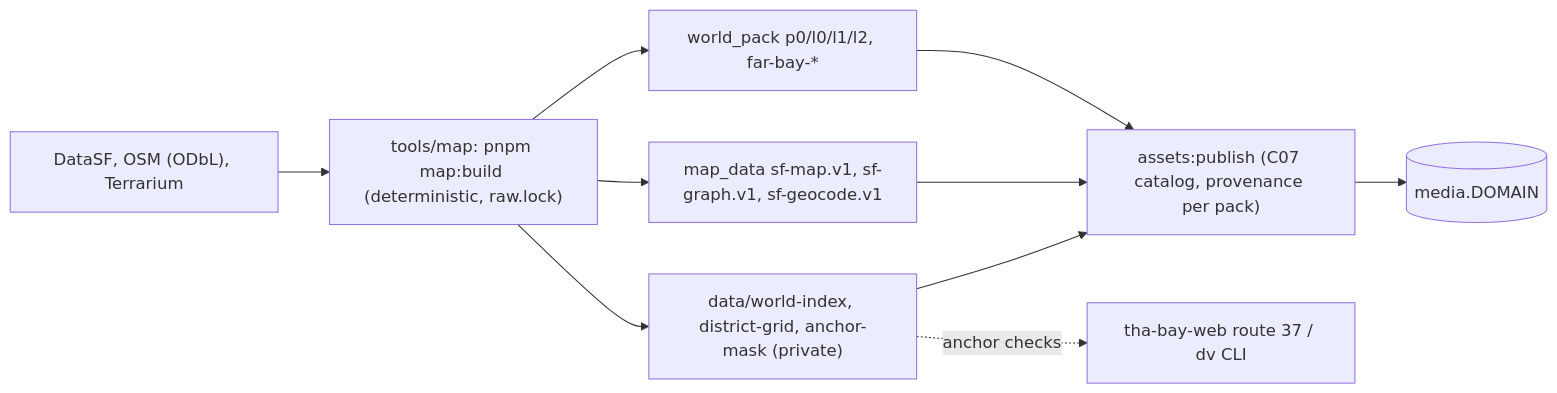
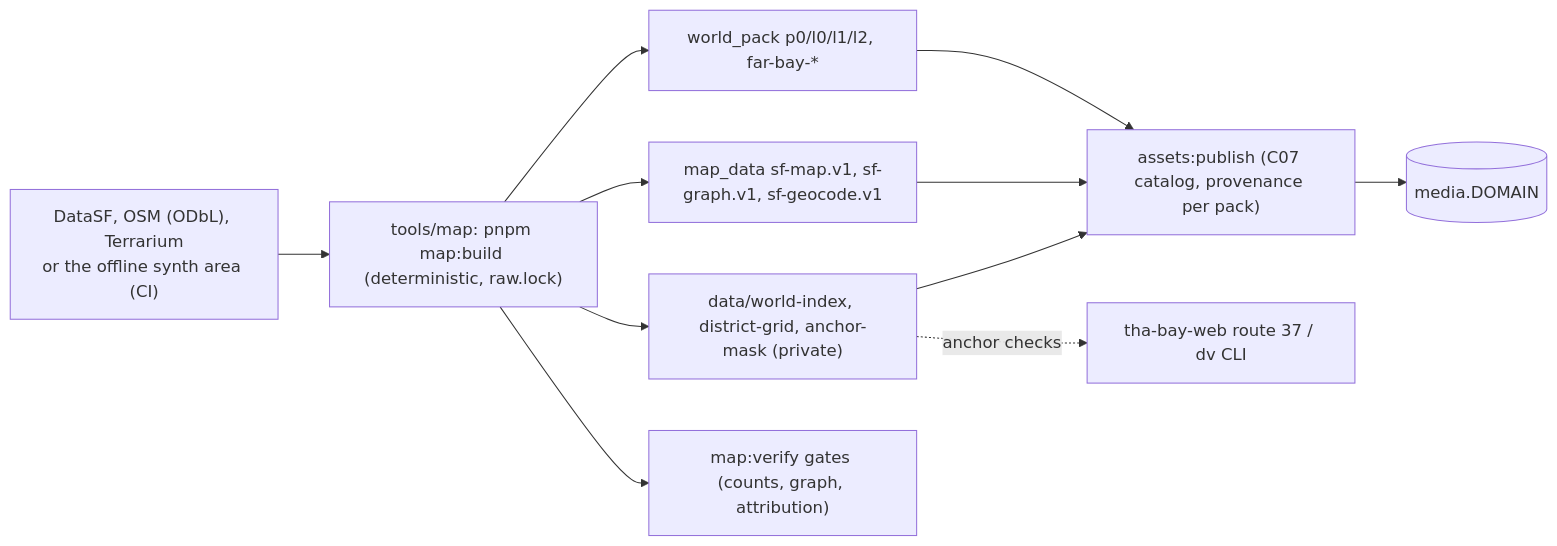
Before and after one commit to gratitude5dee/GTA-Tha-Bay: the eighth of 8 diagrams in spec/02-architecture.md, drawn with Mermaid. The commit also changed other lines of this file and 24 other files, not shown here.

````diff
--- a/spec/02-architecture.md
+++ b/spec/02-architecture.md
@@ -322,12 +356,13 @@
 ```mermaid
 flowchart LR
-  SRC["DataSF, OSM (ODbL), Terrarium"] --> BAKE["tools/map: pnpm map:build (deterministic, raw.lock)"]
+  SRC["DataSF, OSM (ODbL), Terrarium<br/>or the offline synth area (CI)"] --> BAKE["tools/map: pnpm map:build (deterministic, raw.lock)"]
   BAKE --> PK["world_pack p0/l0/l1/l2, far-bay-*"]
   BAKE --> MD["map_data sf-map.v1, sf-graph.v1, sf-geocode.v1"]
   BAKE --> IX["data/world-index, district-grid, anchor-mask (private)"]
+  BAKE --> VER["map:verify gates (counts, graph, attribution)"]
   PK --> PUB["assets:publish (C07 catalog, provenance per pack)"]
   MD --> PUB
   IX --> PUB
   PUB --> R2[("media.DOMAIN")]
   IX -. "anchor checks" .-> EDGE["tha-bay-web route 37 / dv CLI"]
 ```
````
